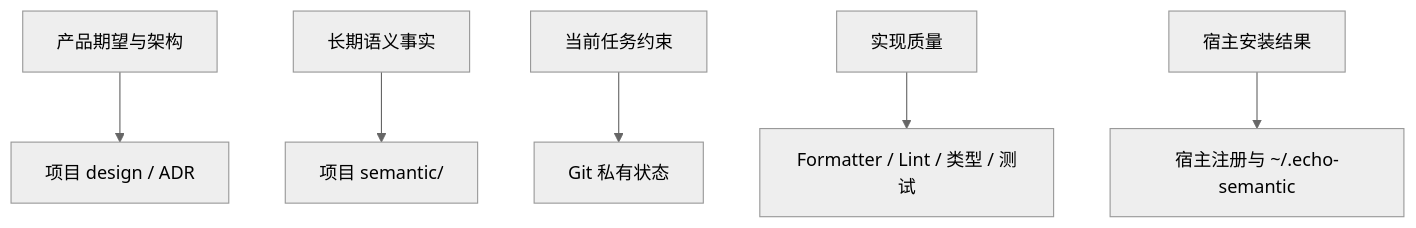
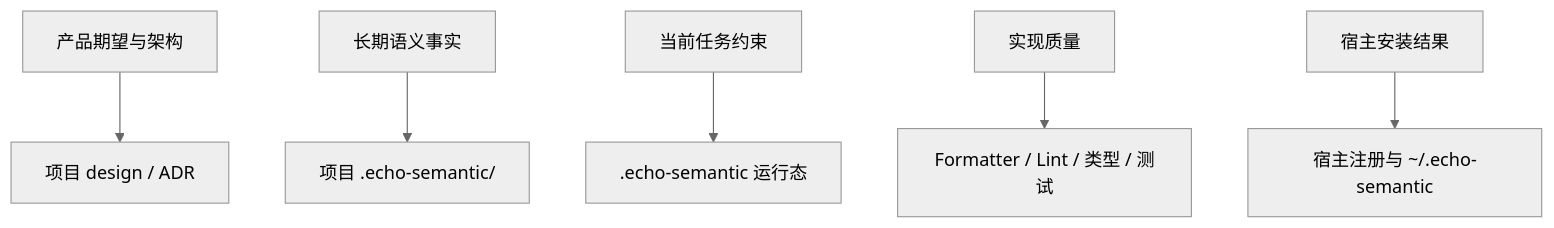
One commit to EchoYue-lp/echo-semantic changed the second of 2 diagrams in docs/concepts.md. Above: the diagram before and after it, drawn with Mermaid (neutral theme). The commit also changed other lines of this file and 57 other files, not shown here.

````diff
--- a/docs/concepts.md
+++ b/docs/concepts.md
@@ -84,8 +84,8 @@
 ```mermaid
 flowchart TD
   Product[产品期望与架构] --> Design[项目 design / ADR]
-  Behavior[长期语义事实] --> Semantic[项目 semantic/]
-  Task[当前任务约束] --> Private[Git 私有状态]
+  Behavior[长期语义事实] --> Semantic[项目 .echo-semantic/]
+  Task[当前任务约束] --> Private[.echo-semantic 运行态]
   Quality[实现质量] --> Tools[Formatter / Lint / 类型 / 测试]
   Install[宿主安装结果] --> Host[宿主注册与 ~/.echo-semantic]
 ```
````
